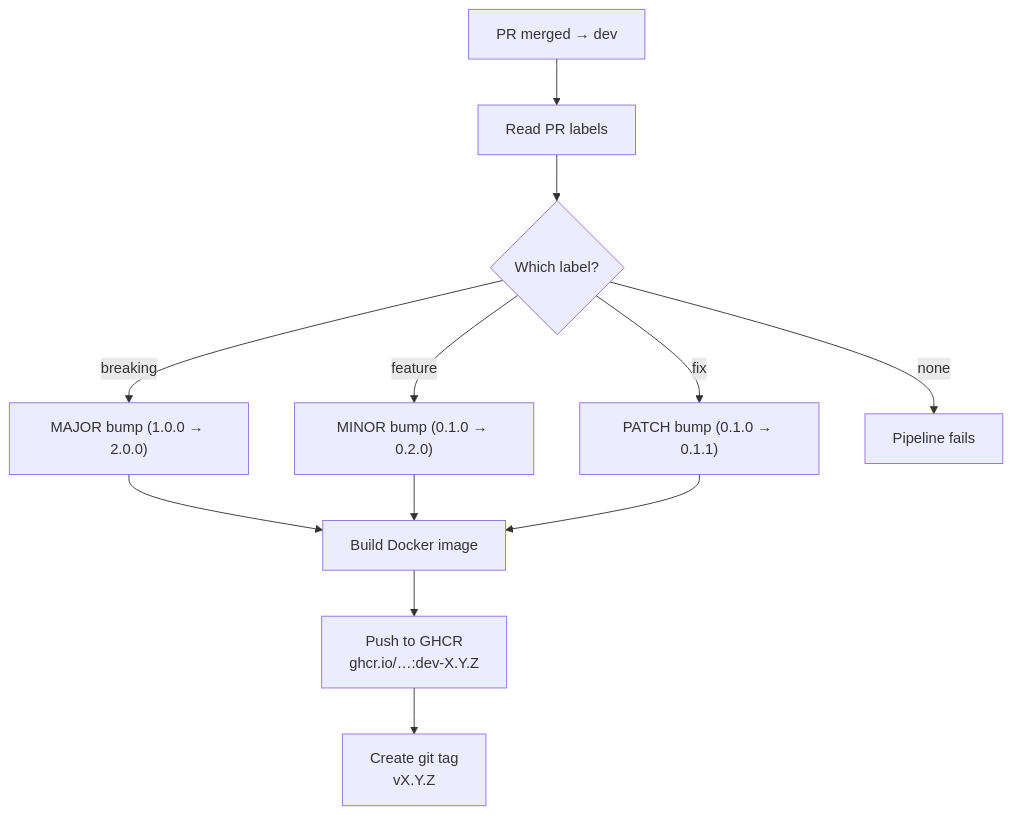
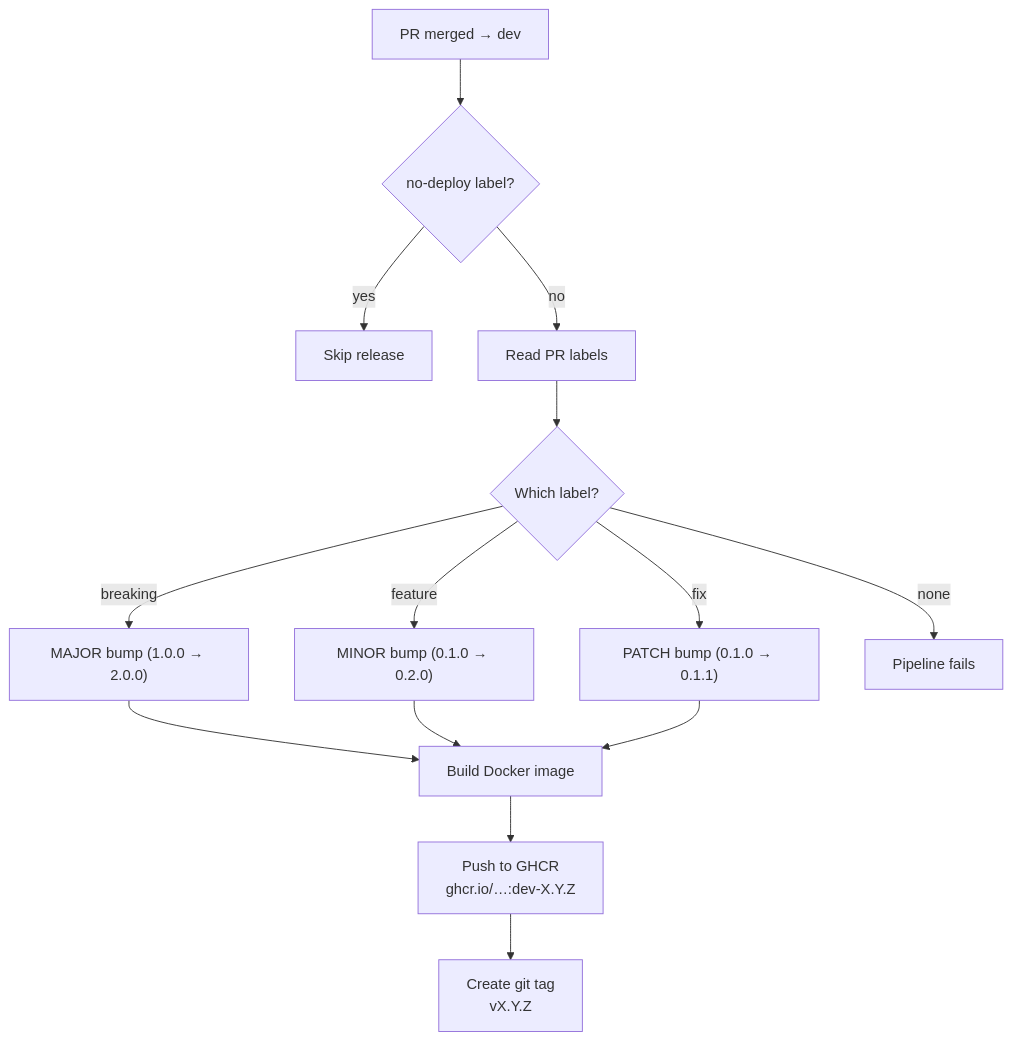
The third of 5 diagrams in README.md (PedroVMota/claude-mcp-server), drawn with Mermaid before and after one commit. The commit also changed other lines of this file and 2 other files, not shown here.

Commit message:
feat(ci): add no-deploy label to skip CD on merge
When a PR carries the `no-deploy` label, both release-dev and
release-prd pipelines are skipped entirely. This allows merging
docs, config, or refactor PRs without triggering a release.

https://claude.ai/code/session_014qztP85BznQZk25wRphm8r

````diff
--- a/README.md
+++ b/README.md
@@ -153,12 +153,14 @@
 ```mermaid
 flowchart TD
-    A[PR merged → dev] --> B[Read PR labels]
-    B --> C{Which label?}
-    C -->|breaking| D["MAJOR bump (1.0.0 → 2.0.0)"]
-    C -->|feature| E["MINOR bump (0.1.0 → 0.2.0)"]
-    C -->|fix| F["PATCH bump (0.1.0 → 0.1.1)"]
-    C -->|none| G[Pipeline fails]
-    D & E & F --> H[Build Docker image]
-    H --> I["Push to GHCR\nghcr.io/…:dev-X.Y.Z"]
-    I --> J["Create git tag\nvX.Y.Z"]
+    A[PR merged → dev] --> B{no-deploy label?}
+    B -->|yes| X[Skip release]
+    B -->|no| C[Read PR labels]
+    C --> D{Which label?}
+    D -->|breaking| E["MAJOR bump (1.0.0 → 2.0.0)"]
+    D -->|feature| F["MINOR bump (0.1.0 → 0.2.0)"]
+    D -->|fix| G["PATCH bump (0.1.0 → 0.1.1)"]
+    D -->|none| H[Pipeline fails]
+    E & F & G --> I[Build Docker image]
+    I --> J["Push to GHCR\nghcr.io/…:dev-X.Y.Z"]
+    J --> K["Create git tag\nvX.Y.Z"]
 ```
````
